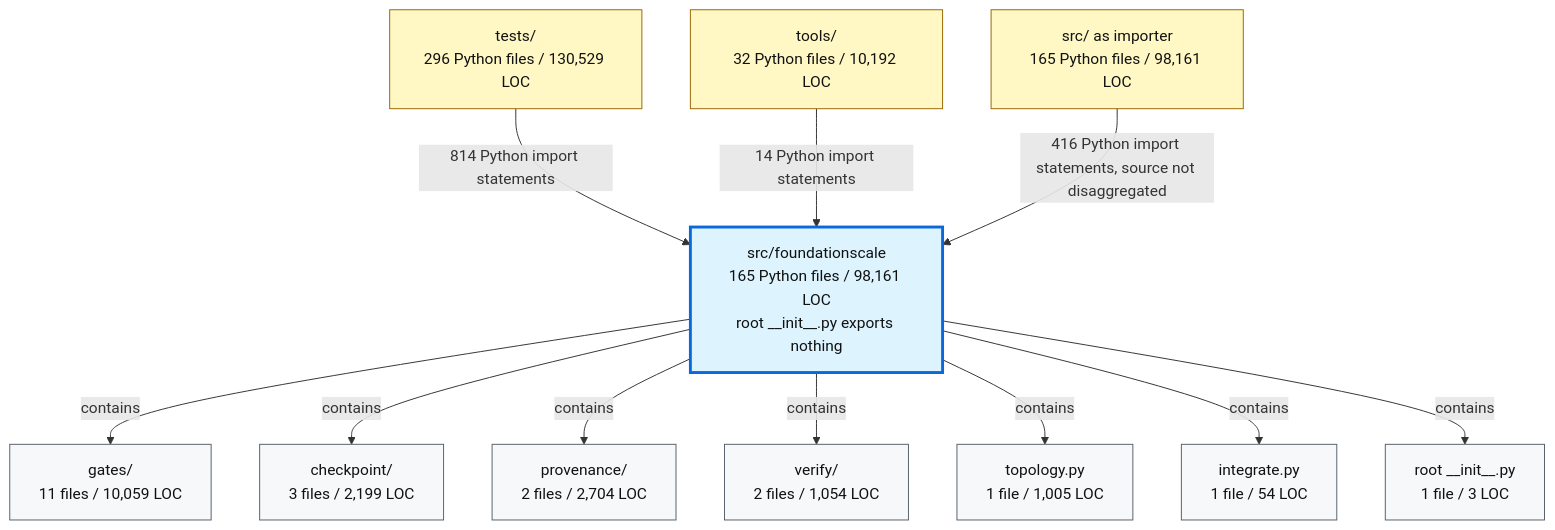
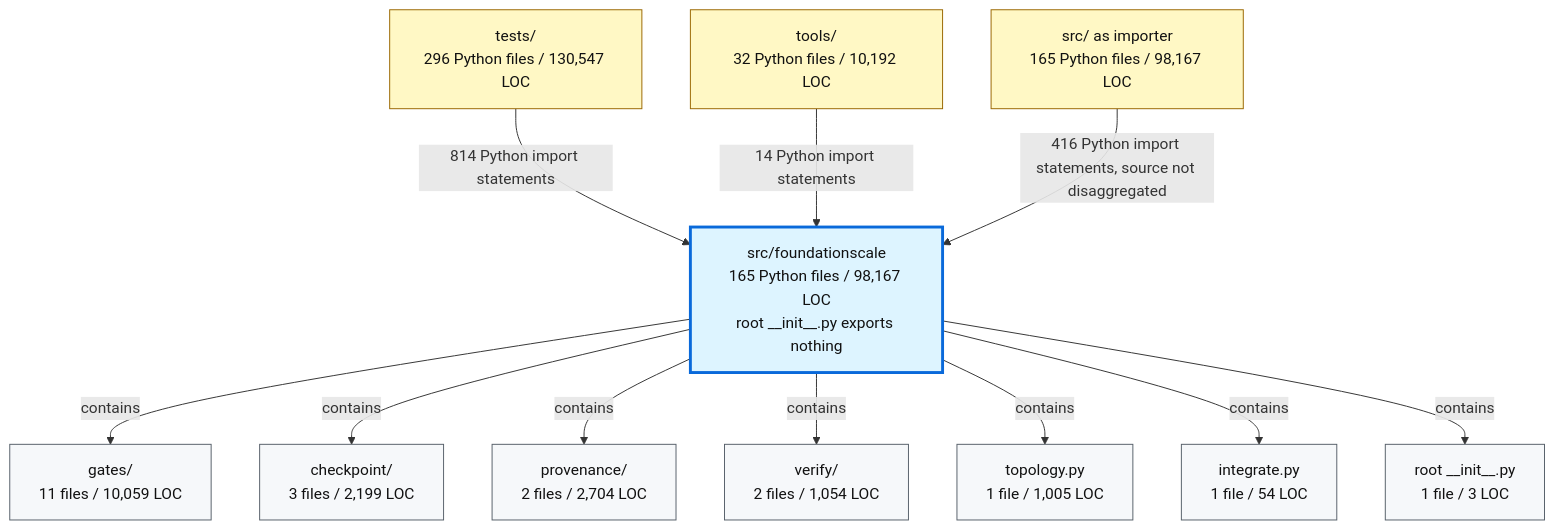
The second of 2 diagrams in docs/review/D2_current_architecture.md (TranNhiem/FoundationScale), drawn with Mermaid before and after one commit. The commit also changed other lines of this file and 10 other files, not shown here.

````diff
--- a/docs/review/D2_current_architecture.md
+++ b/docs/review/D2_current_architecture.md
@@ -97,36 +97,36 @@
 ```mermaid
 flowchart TB
-  TESTS["tests/<br/>296 Python files / 130,529 LOC"]
+  TESTS["tests/<br/>296 Python files / 130,547 LOC"]
   TOOLS["tools/<br/>32 Python files / 10,192 LOC"]
-  SRC["src/ as importer<br/>165 Python files / 98,161 LOC"]
+  SRC["src/ as importer<br/>165 Python files / 98,167 LOC"]
 
-  FS["src/foundationscale<br/>165 Python files / 98,161 LOC<br/>root __init__.py exports nothing"]
+  FS["src/foundationscale<br/>165 Python files / 98,167 LOC<br/>root __init__.py exports nothing"]
 
   GATES["gates/<br/>11 files / 10,059 LOC"]
   CKPT["checkpoint/<br/>3 files / 2,199 LOC"]
   PROV["provenance/<br/>2 files / 2,704 LOC"]
   VERIFY["verify/<br/>2 files / 1,054 LOC"]
   TOPO["topology.py<br/>1 file / 1,005 LOC"]
   INTEG["integrate.py<br/>1 file / 54 LOC"]
   ROOT["root __init__.py<br/>1 file / 3 LOC"]
 
   TESTS -->|"814 Python import statements"| FS
   TOOLS -->|"14 Python import statements"| FS
   SRC -->|"416 Python import statements, source not disaggregated"| FS
 
   FS -->|"contains"| GATES
   FS -->|"contains"| CKPT
   FS -->|"contains"| PROV
   FS -->|"contains"| VERIFY
   FS -->|"contains"| TOPO
   FS -->|"contains"| INTEG
   FS -->|"contains"| ROOT
 
   classDef consumer fill:#fff8c5,stroke:#9a6700,color:#111;
   classDef package fill:#ddf4ff,stroke:#0969da,stroke-width:3px,color:#111;
   classDef module fill:#f6f8fa,stroke:#57606a,color:#111;
 
   class TESTS,TOOLS,SRC consumer;
   class FS package;
   class GATES,CKPT,PROV,VERIFY,TOPO,INTEG,ROOT module;
 ```
````
